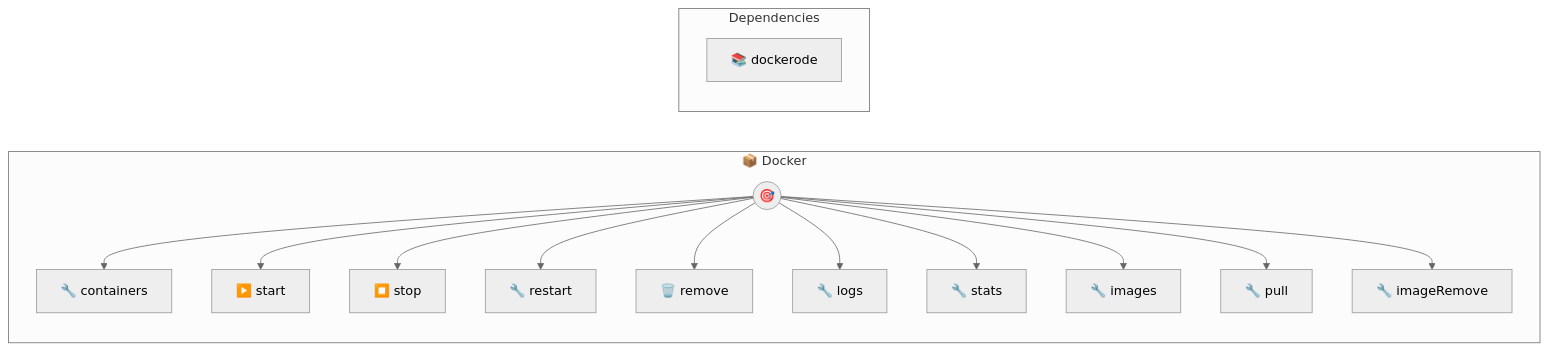
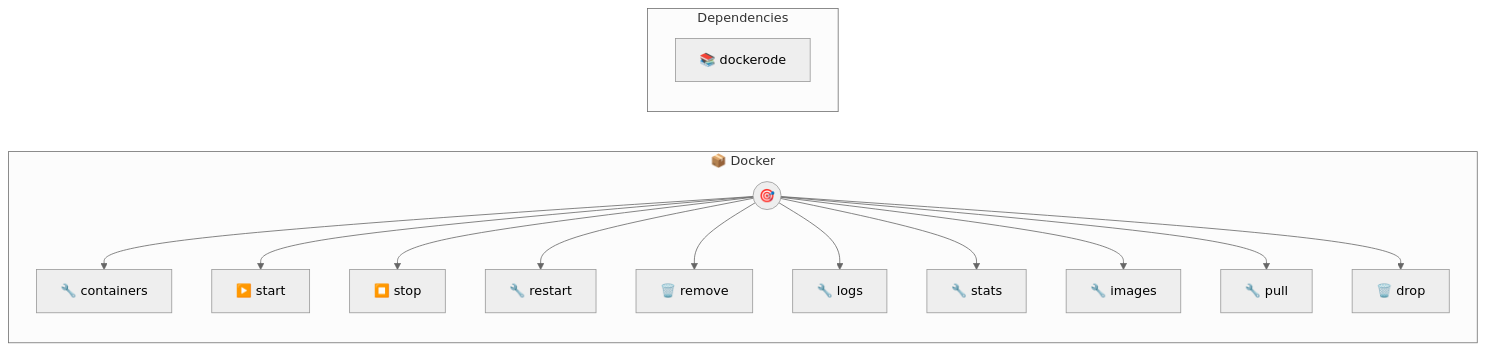
The diagram in docker.md (portel-dev/photons), drawn with Mermaid (neutral theme) before and after one commit. The commit also changed other lines of this file and 20 other files, not shown here.

````diff
--- a/docker.md
+++ b/docker.md
@@ -188,32 +188,32 @@
 ```mermaid
 flowchart LR
     subgraph docker["📦 Docker"]
         direction TB
         PHOTON((🎯))
         T0[🔧 containers]
         PHOTON --> T0
         T1[▶️ start]
         PHOTON --> T1
         T2[⏹️ stop]
         PHOTON --> T2
         T3[🔧 restart]
         PHOTON --> T3
         T4[🗑️ remove]
         PHOTON --> T4
         T5[🔧 logs]
         PHOTON --> T5
         T6[🔧 stats]
         PHOTON --> T6
         T7[🔧 images]
         PHOTON --> T7
         T8[🔧 pull]
         PHOTON --> T8
-        T9[🔧 imageRemove]
+        T9[🗑️ drop]
         PHOTON --> T9
     end
 
     subgraph deps["Dependencies"]
         direction TB
         NPM0[📚 dockerode]
     end
 ```
````
